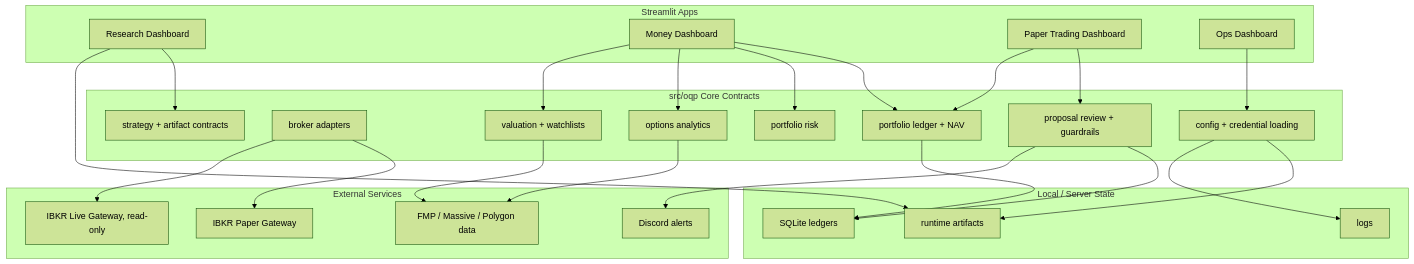
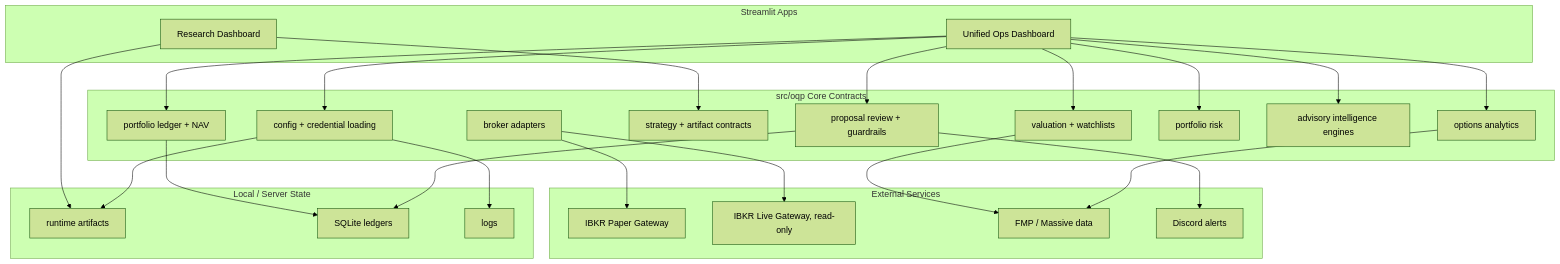
One commit to Imnotcooking/alpha-factory changed the diagram in README.md. Above: the diagram before and after it, drawn with Mermaid (forest theme). The commit also changed other lines of this file and 474 other files, not shown here.

````diff
--- a/README.md
+++ b/README.md
@@ -31,53 +33,51 @@
 ```mermaid
 flowchart TD
     subgraph Apps["Streamlit Apps"]
         Research["Research Dashboard"]
-        Money["Money Dashboard"]
-        Paper["Paper Trading Dashboard"]
-        Ops["Ops Dashboard"]
+        Ops["Unified Ops Dashboard"]
     end
 
     subgraph Core["src/oqp Core Contracts"]
         Config["config + credential loading"]
         Brokers["broker adapters"]
         Portfolio["portfolio ledger + NAV"]
         Contracts["strategy + artifact contracts"]
         Execution["proposal review + guardrails"]
         Options["options analytics"]
         Risk["portfolio risk"]
+        Intelligence["advisory intelligence engines"]
         Investing["valuation + watchlists"]
     end
 
     subgraph External["External Services"]
         IBKRPaper["IBKR Paper Gateway"]
         IBKRLive["IBKR Live Gateway, read-only"]
-        Vendors["FMP / Massive / Polygon data"]
+        Vendors["FMP / Massive data"]
         Discord["Discord alerts"]
     end
 
     subgraph Storage["Local / Server State"]
         Runtime["runtime artifacts"]
         SQLite["SQLite ledgers"]
         Logs["logs"]
     end
 
     Research --> Contracts
     Research --> Runtime
-    Money --> Portfolio
-    Money --> Risk
-    Money --> Options
-    Money --> Investing
-    Paper --> Execution
-    Paper --> Portfolio
+    Ops --> Portfolio
+    Ops --> Risk
+    Ops --> Intelligence
+    Ops --> Options
+    Ops --> Investing
+    Ops --> Execution
     Ops --> Config
-
     Brokers --> IBKRPaper
     Brokers --> IBKRLive
     Investing --> Vendors
     Options --> Vendors
     Portfolio --> SQLite
     Execution --> SQLite
     Execution --> Discord
     Config --> Runtime
     Config --> Logs
 ```
````
